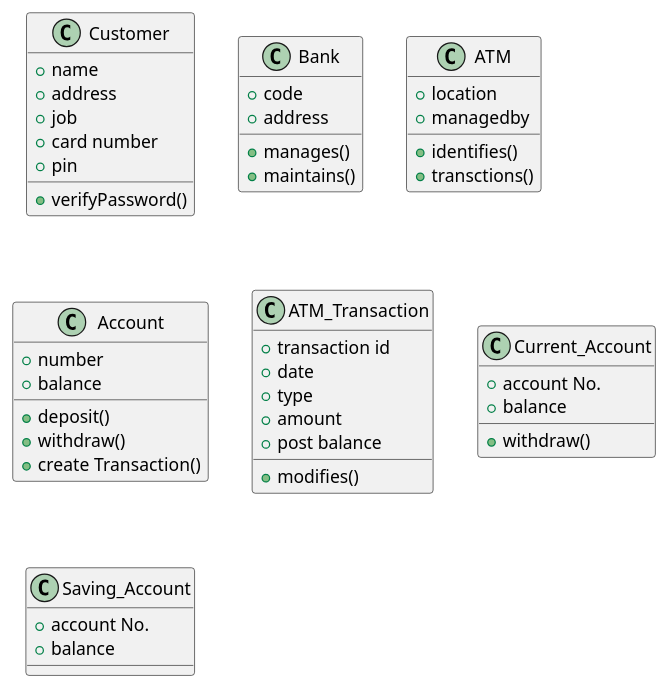
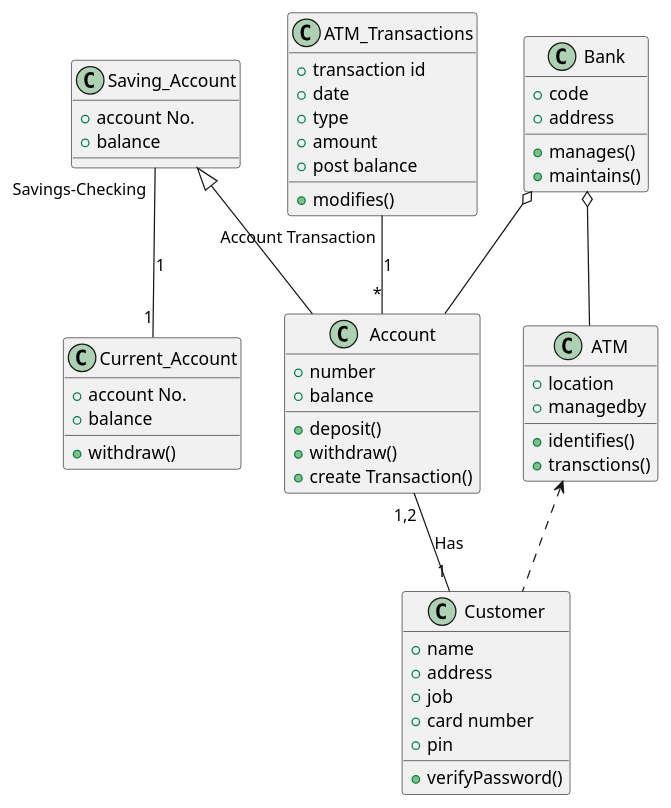
One commit to ayanesato/re-practice changed the diagram in PycharmProjects/sequence_diagram/class_diagram.puml. Above: the diagram before and after it, drawn with PlantUML.

Commit message:
ラベル、矢印追加

```diff
--- a/PycharmProjects/sequence_diagram/class_diagram.puml
+++ b/PycharmProjects/sequence_diagram/class_diagram.puml
@@ -1,57 +1,62 @@
 @startuml
 'https://plantuml.com/sequence-diagram
 
 class Customer{
 +name
 +address
 +job
 +card number
 +pin
 +verifyPassword()
 }
 
 class Bank{
 +code
 +address
 +manages()
 +maintains()
 }
 
 class ATM{
 +location
 +managedby
 +identifies()
 +transctions()
 }
 
 class Account{
 +number
 +balance
 +deposit()
 +withdraw()
 +create Transaction()
 }
 
-class ATM_Transaction{
+class ATM_Transactions{
 +transaction id
 +date
 +type
 +amount
 +post balance
 +modifies()
 }
 
 class Current_Account{
 +account No.
 +balance
 +withdraw()
 }
 
 class Saving_Account{
 +account No.
 +balance
 }
 
-
-
+Customer "1" -up- "1,2" Account : "Has"
+Account "*" -up- "Account Transaction" ATM_Transactions :"1"
+Current_Account "1" -up- "Savings-Checking"  Saving_Account: "1"
+Bank o-- ATM
+Bank o-- Account
+Saving_Account <|-- Account
+ATM<.. Customer
 @enduml
```
